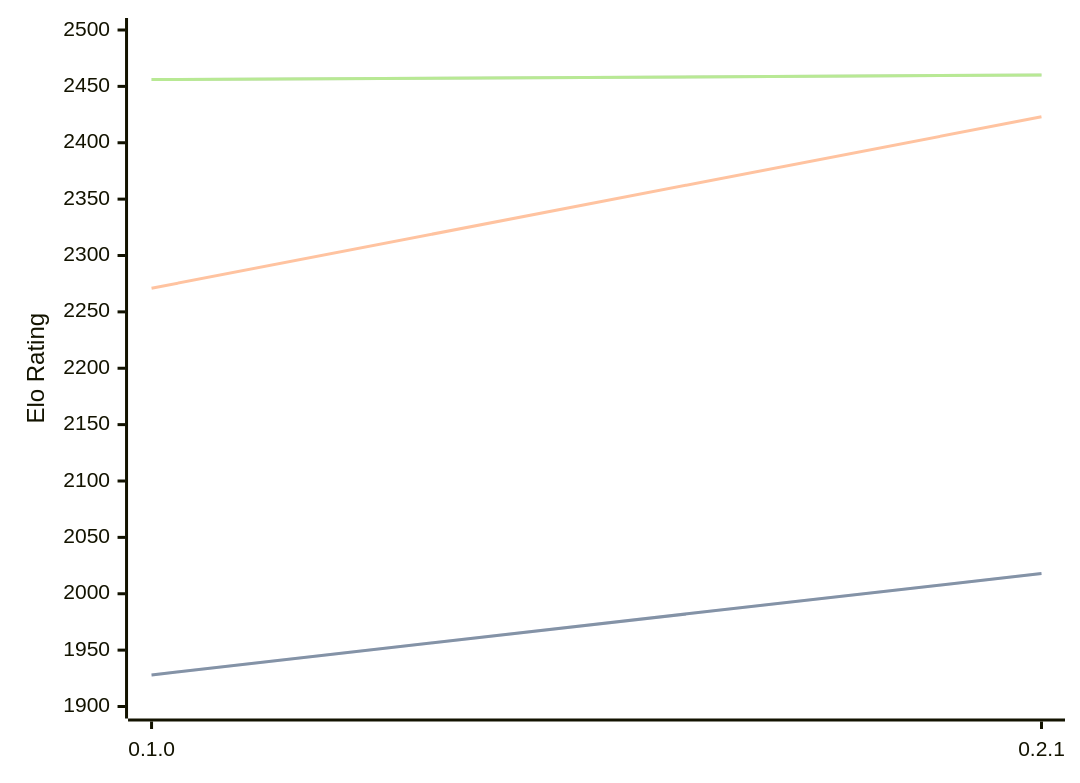
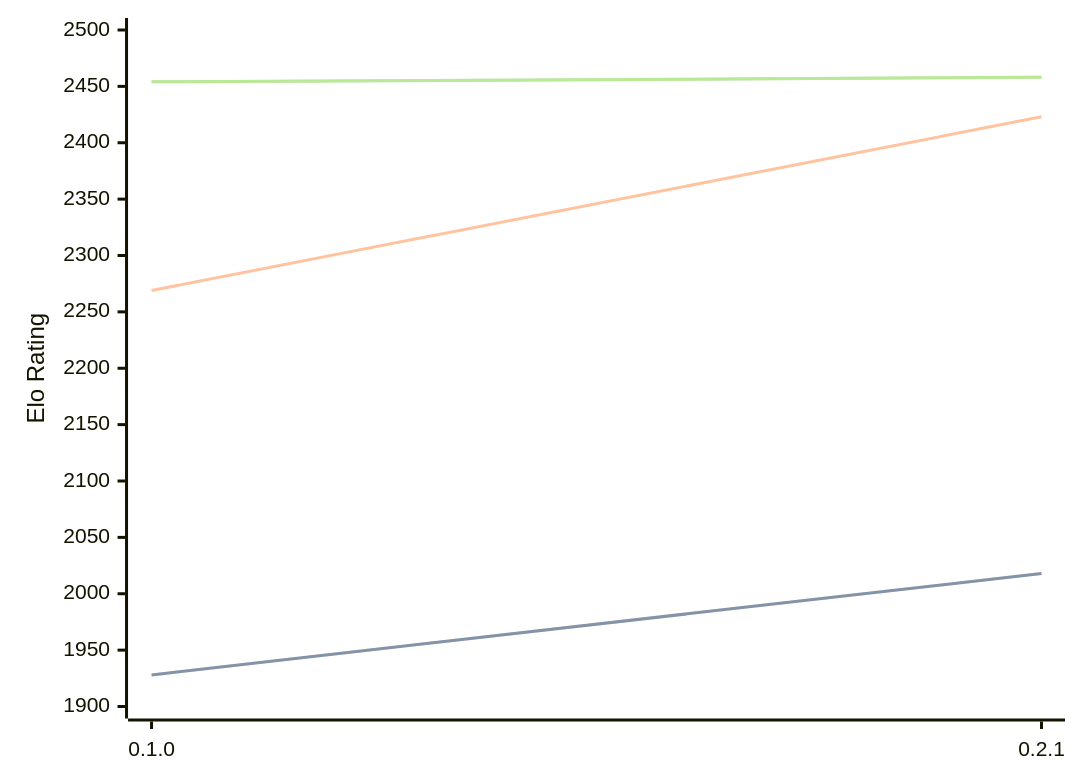
One commit to computer-chess-index/cci changed the diagram in engines/Sykora.md. Above: the diagram before and after it, drawn with Mermaid. The commit also changed other lines of this file, not shown here.

Commit message:
Update CCI Ratings (ELO VLTC) - 2026-03-09

````diff
--- a/engines/Sykora.md
+++ b/engines/Sykora.md
@@ -30,11 +30,11 @@
 ```mermaid
 %%{init: {"theme":"base","themeVariables":{"seriesColors:['#a3a3a3','#222221','#faa371']}}}%%
 xychart-beta
   x-axis ["0.1.0", "0.2.1"]
   y-axis "Elo Rating" 1900 --> 2500
   line "STC (8.0+0.08s)" [1928, 2018]
   line "STC (8.0+0.08s)" [1928, 2018]
-  line "LTC (60.0+0.60s)" [2271, 2423]
-  line "VLTC (2m24s+1.12s)" [2456, 2460]
-  line "VLTC (2m24s+1.12s)" [2456, 2460]
+  line "LTC (60.0+0.60s)" [2269, 2423]
+  line "VLTC (2m24s+1.12s)" [2454, 2458]
+  line "VLTC (2m24s+1.12s)" [2454, 2458]
 ```
````
